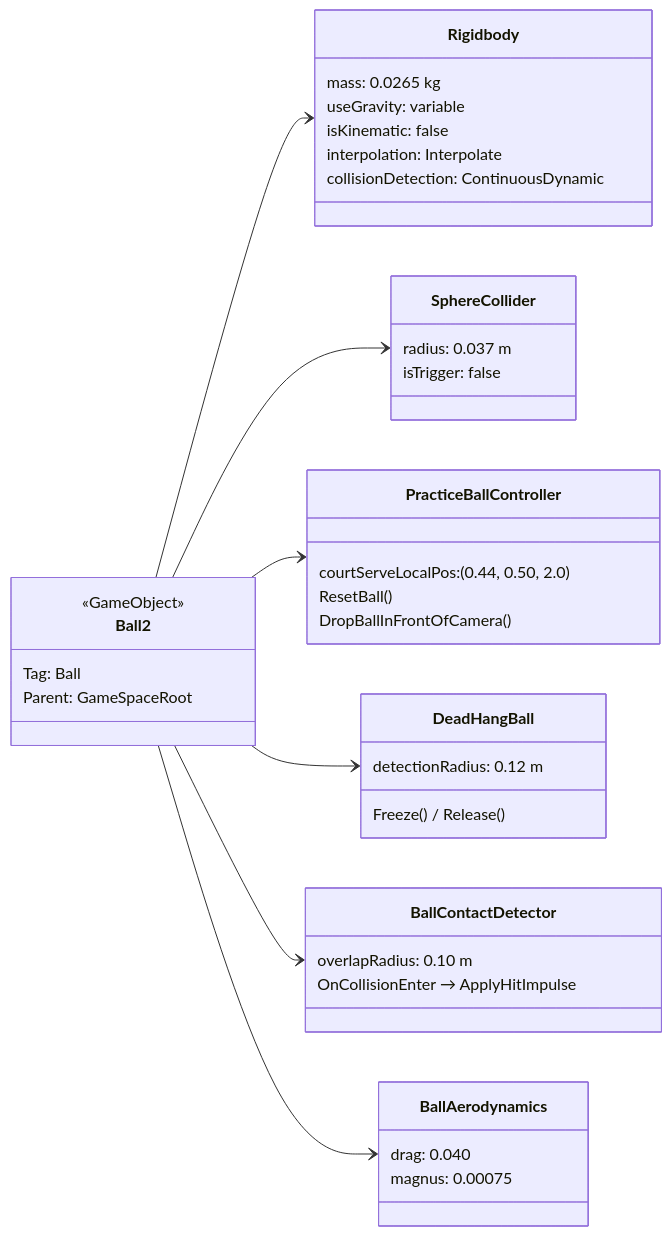
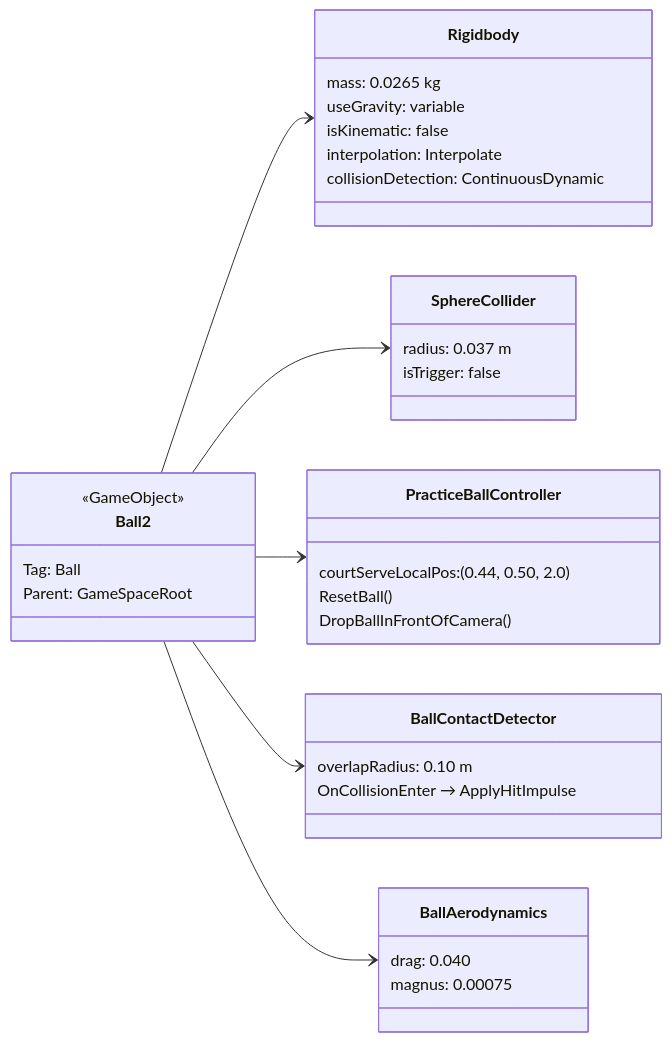
The seventh of 11 diagrams in Docs/UML_Diagrams.md (CG4002-AY2526S2-B03/Capstone_AR_Pickleball_Gameplay), drawn with Mermaid before and after one commit. The commit also changed other lines of this file and 3 other files, not shown here.

````diff
--- a/Docs/UML_Diagrams.md
+++ b/Docs/UML_Diagrams.md
@@ -392,51 +386,45 @@
 ```mermaid
 classDiagram
     direction LR
 
     class Ball2 {
         <<GameObject>>
         Tag: Ball
         Parent: GameSpaceRoot
     }
 
     class Rigidbody {
         mass: 0.0265 kg
         useGravity: variable
         isKinematic: false
         interpolation: Interpolate
         collisionDetection: ContinuousDynamic
     }
 
     class SphereCollider {
         radius: 0.037 m
         isTrigger: false
     }
 
     class PracticeBallController {
         courtServeLocalPos: (0.44, 0.50, 2.0)
         ResetBall()
         DropBallInFrontOfCamera()
     }
 
-    class DeadHangBall {
-        detectionRadius: 0.12 m
-        Freeze() / Release()
-    }
-
     class BallContactDetector {
         overlapRadius: 0.10 m
         OnCollisionEnter → ApplyHitImpulse
     }
 
     class BallAerodynamics {
         drag: 0.040
         magnus: 0.00075
     }
 
     Ball2 --> Rigidbody
     Ball2 --> SphereCollider
     Ball2 --> PracticeBallController
-    Ball2 --> DeadHangBall
     Ball2 --> BallContactDetector
     Ball2 --> BallAerodynamics
 ```
````
